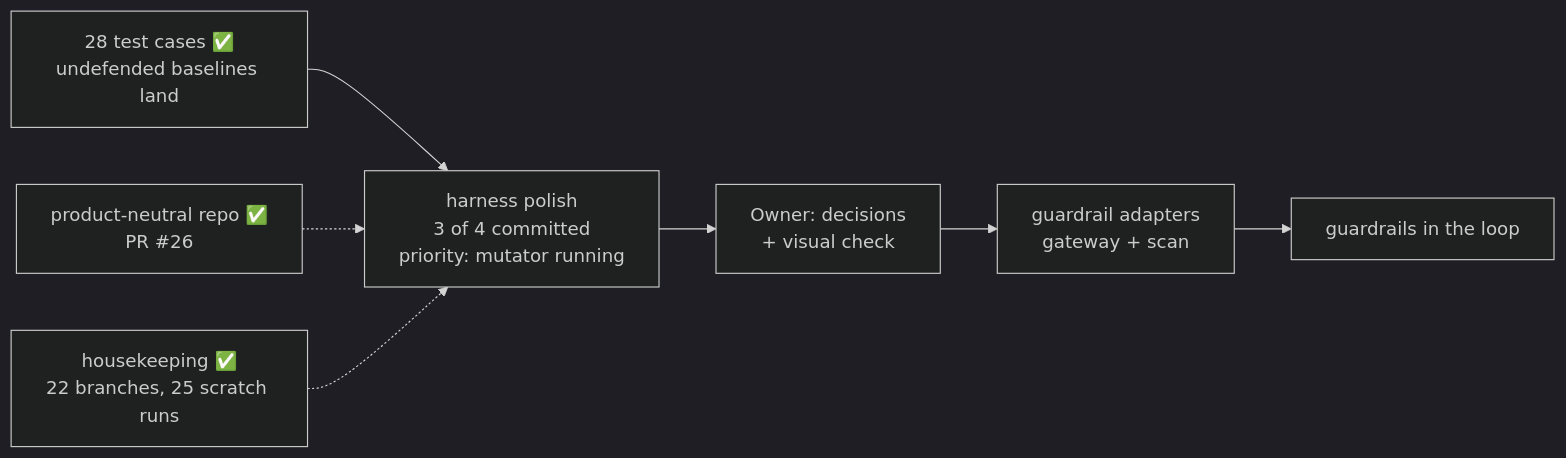
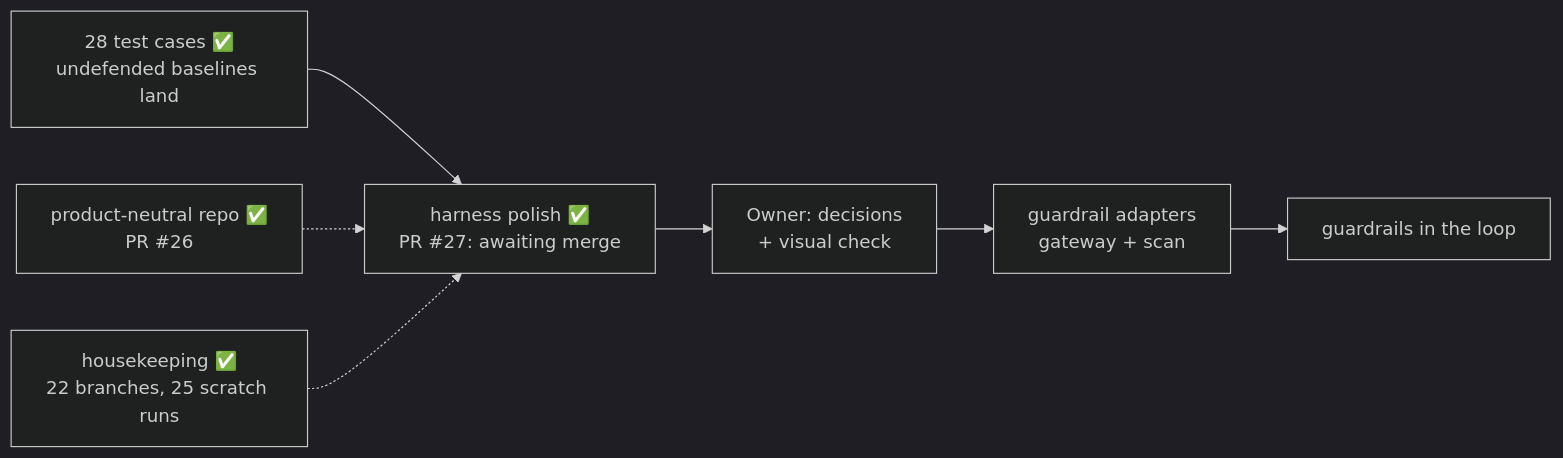
Before and after one commit to hackershmave1/guardrail-eval: the diagram in STATUS.md, drawn with Mermaid (dark theme). The commit also changed other lines of this file, not shown here.

First line of the commit message:
Status: harness polish complete as PR #27, awaiting merge

````diff
--- a/STATUS.md
+++ b/STATUS.md
@@ -29,9 +19,9 @@
 ```mermaid
 flowchart LR
-    A["28 test cases ✅<br/>undefended baselines land"] --> P["harness polish<br/>3 of 4 committed<br/>priority: mutator running"]
+    A["28 test cases ✅<br/>undefended baselines land"] --> P["harness polish ✅<br/>PR #27: awaiting merge"]
     P --> C["Owner: decisions<br/>+ visual check"]
     C --> D["guardrail adapters<br/>gateway + scan"]
     D --> E["guardrails in the loop"]
     N["product-neutral repo ✅<br/>PR #26"] -.-> P
     H["housekeeping ✅<br/>22 branches, 25 scratch runs"] -.-> P
 ```
````
